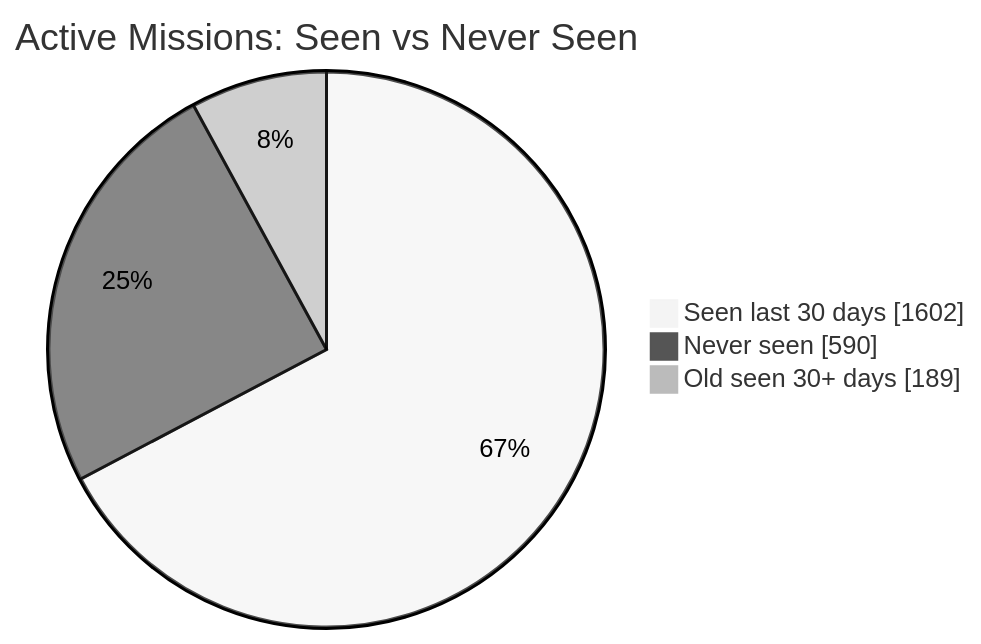
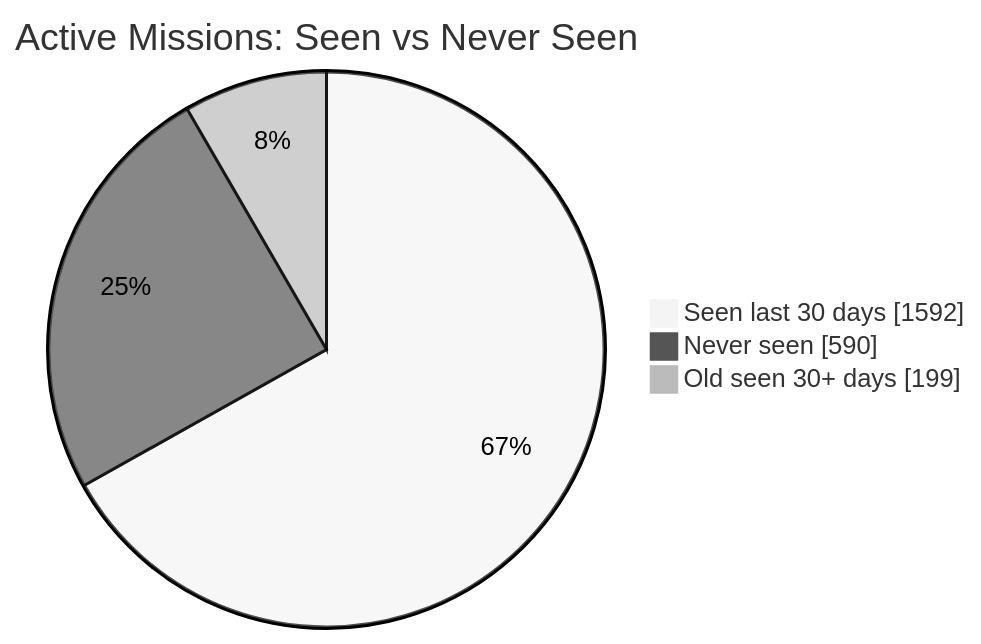
The first of 2 diagrams in README.md (MeldkamerspelGameTeam/active-missions), drawn with Mermaid (neutral theme) before and after one commit. The commit also changed other lines of this file and 3 other files, not shown here.

````diff
--- a/README.md
+++ b/README.md
@@ -34,7 +34,7 @@
 ```mermaid
 pie showData
     title Active Missions: Seen vs Never Seen
-    "Seen last 30 days" : 1602
+    "Seen last 30 days" : 1592
     "Never seen" : 590
-    "Old seen 30+ days" : 189
+    "Old seen 30+ days" : 199
 ```
````
